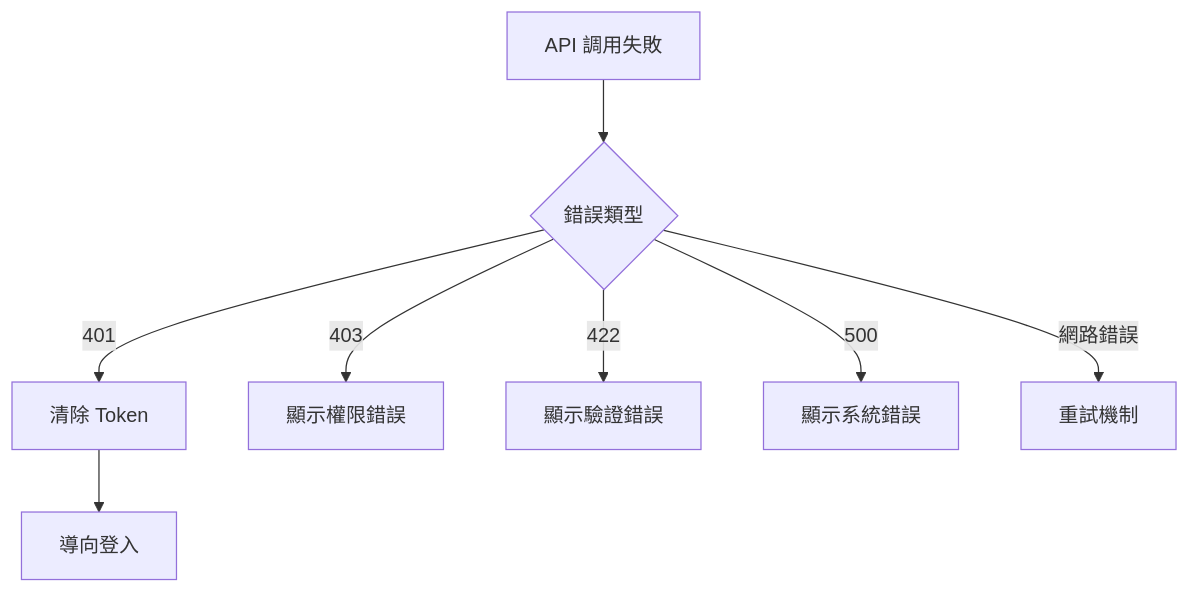
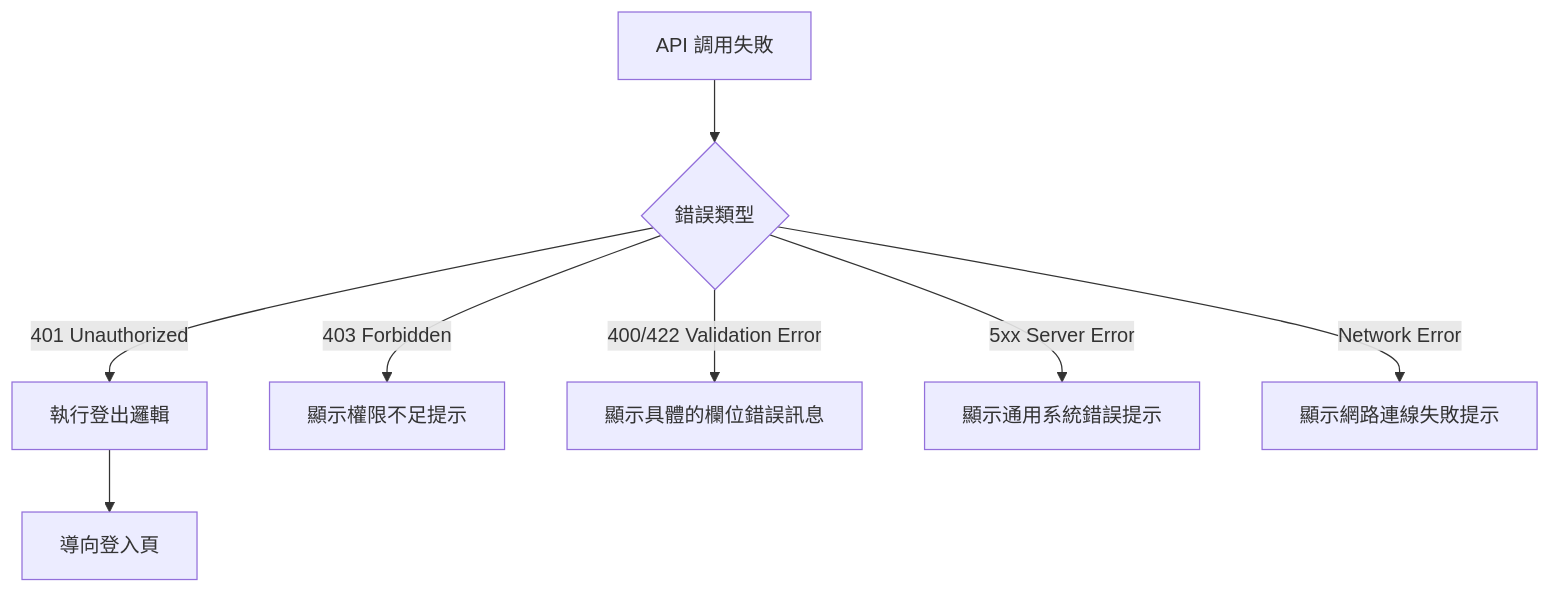
The diagram in .analysis-kit/templates/api-template.md (SusanHuang91APP/analysis-tool-kit), drawn with Mermaid before and after one commit. The commit also changed other lines of this file and 7 other files, not shown here.

````diff
--- a/.analysis-kit/templates/api-template.md
+++ b/.analysis-kit/templates/api-template.md
@@ -478,10 +51,10 @@
 ```mermaid
 graph TD
     A[API 調用失敗] --> B{錯誤類型}
-    B -->|401| C[清除 Token]
-    C --> D[導向登入]
-    B -->|403| E[顯示權限錯誤]
-    B -->|422| F[顯示驗證錯誤]
-    B -->|500| G[顯示系統錯誤]
-    B -->|網路錯誤| H[重試機制]
+    B -->|401 Unauthorized| C[執行登出邏輯]
+    C --> D[導向登入頁]
+    B -->|403 Forbidden| E[顯示權限不足提示]
+    B -->|400/422 Validation Error| F[顯示具體的欄位錯誤訊息]
+    B -->|5xx Server Error| G[顯示通用系統錯誤提示]
+    B -->|Network Error| H[顯示網路連線失敗提示]
 ```
````
